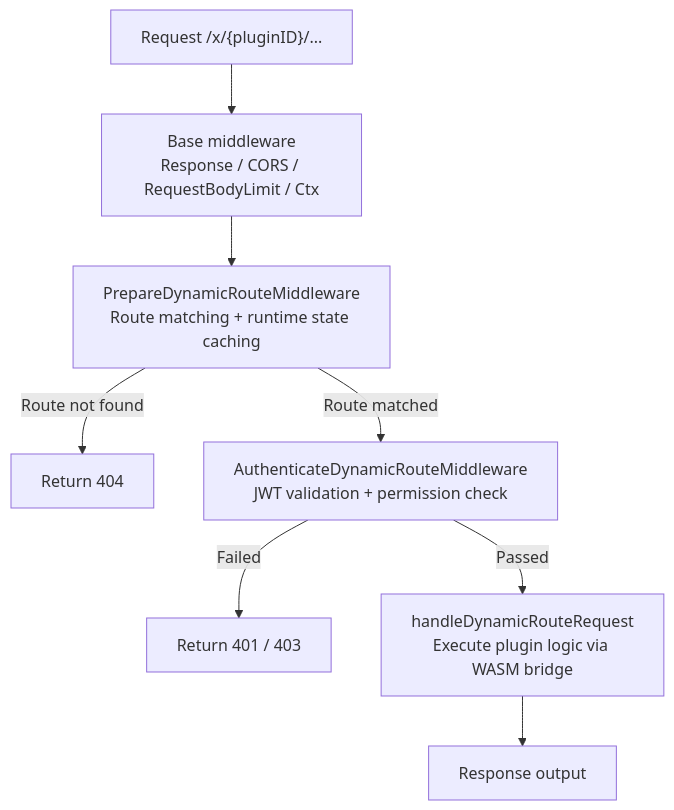
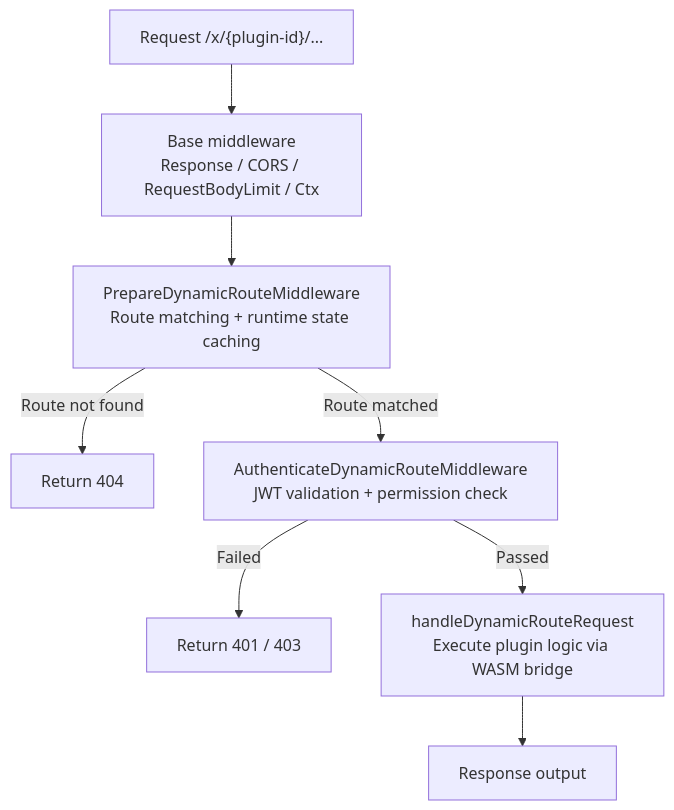
The third of 3 diagrams in apps/lina-site/i18n/en/docusaurus-plugin-content-docs/current/docs/2000-components/10200-routing.md (linaproai/linapro-site), drawn with Mermaid before and after one commit. The commit also changed other lines of this file and 60 other files, not shown here.

````diff
--- a/apps/lina-site/i18n/en/docusaurus-plugin-content-docs/current/docs/2000-components/10200-routing.md
+++ b/apps/lina-site/i18n/en/docusaurus-plugin-content-docs/current/docs/2000-components/10200-routing.md
@@ -310,10 +329,10 @@
 ```mermaid
 flowchart TD
-    A["Request /x/{pluginID}/..."] --> B["Base middleware<br/>Response / CORS / RequestBodyLimit / Ctx"]
+    A["Request /x/{plugin-id}/..."] --> B["Base middleware<br/>Response / CORS / RequestBodyLimit / Ctx"]
     B --> C["PrepareDynamicRouteMiddleware<br/>Route matching + runtime state caching"]
     C -- Route not found --> D["Return 404"]
     C -- Route matched --> E["AuthenticateDynamicRouteMiddleware<br/>JWT validation + permission check"]
     E -- Failed --> F["Return 401 / 403"]
     E -- Passed --> G["handleDynamicRouteRequest<br/>Execute plugin logic via WASM bridge"]
     G --> H["Response output"]
 ```
````
